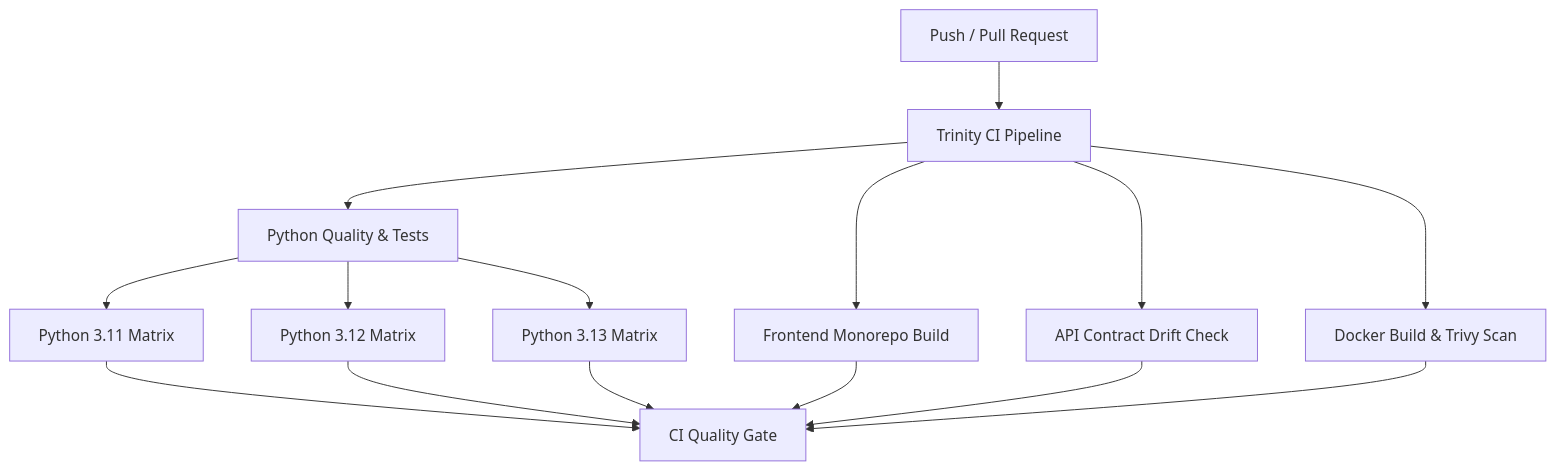
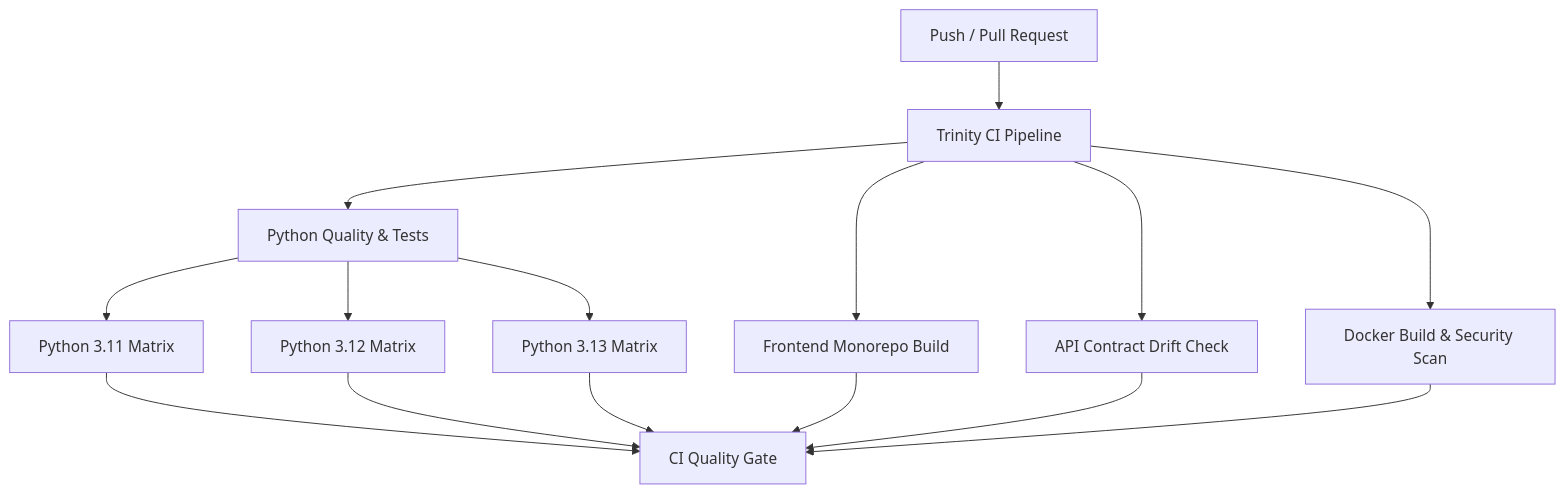
Before and after one commit to siddhpararudra2-debug/trinity-ai-system: the diagram in docs/ci.md, drawn with Mermaid. The commit also changed other lines of this file, not shown here.

Commit message:
docs: enhance CI documentation with local commands and architecture breakdown

````diff
--- a/docs/ci.md
+++ b/docs/ci.md
@@ -11,14 +11,14 @@
 ```mermaid
 flowchart TD
     A[Push / Pull Request] --> B[Trinity CI Pipeline]
     B --> C[Python Quality & Tests]
     B --> D[Frontend Monorepo Build]
     B --> E[API Contract Drift Check]
-    B --> F[Docker Build & Trivy Scan]
+    B --> F[Docker Build & Security Scan]
     
     C --> G[Python 3.11 Matrix]
     C --> H[Python 3.12 Matrix]
     C --> I[Python 3.13 Matrix]
     
     G & H & I & D & E & F --> Z[CI Quality Gate]
 ```
````
